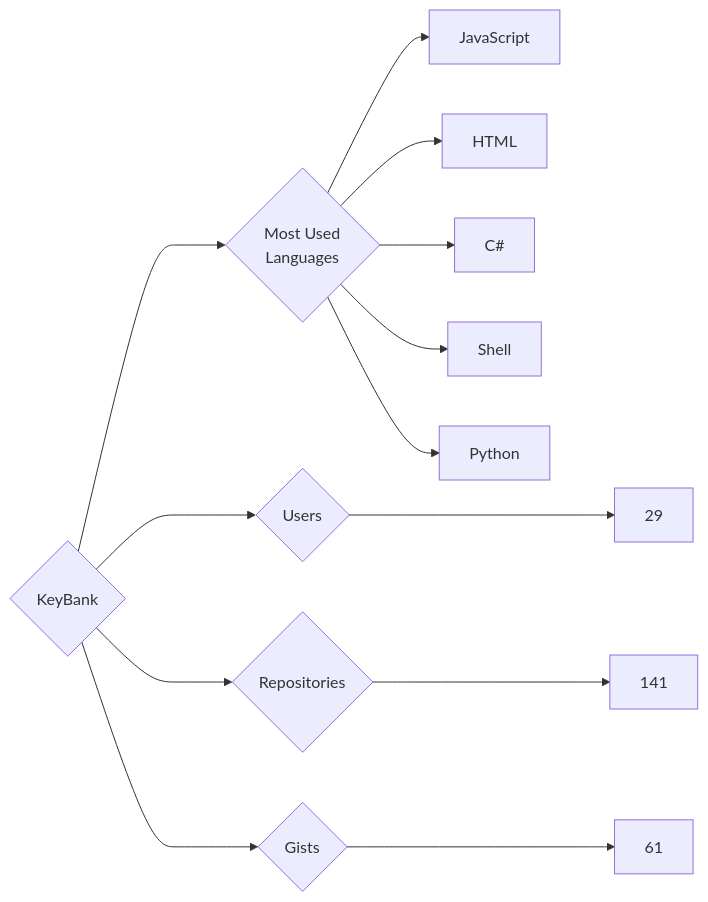
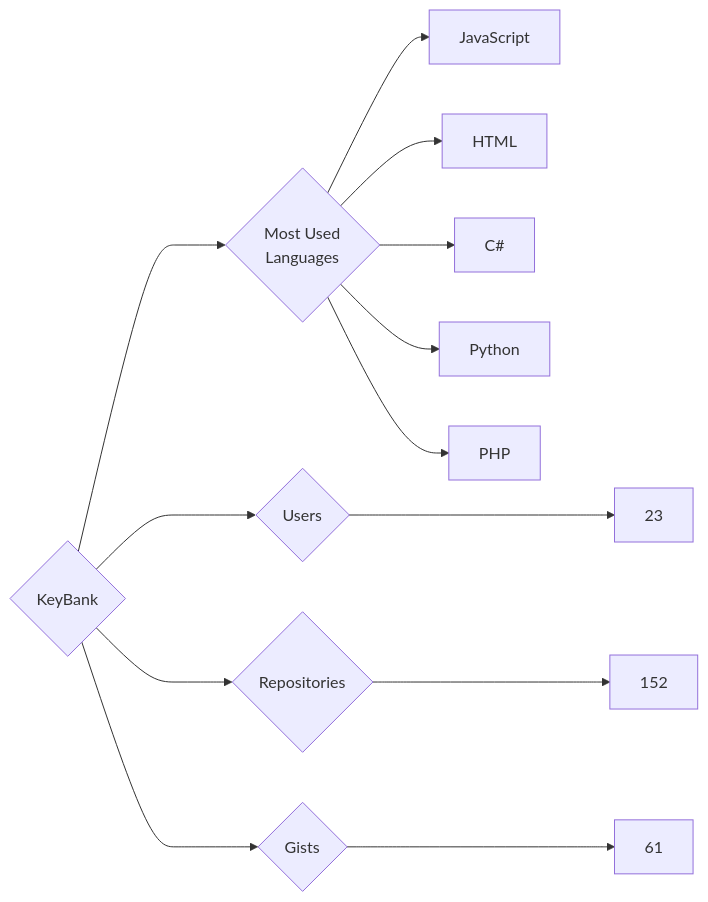
Before and after one commit to trickest/insiders: the diagram in targets/KeyBank/README.md, drawn with Mermaid. The commit also changed 772 other files, not shown here.

````diff
--- a/targets/KeyBank/README.md
+++ b/targets/KeyBank/README.md
@@ -3,13 +3,13 @@
 ```mermaid
 graph LR
 COMPANY_NAME{KeyBank}
-COMPANY_NAME ---> U{Users} ---> UN[29]
-COMPANY_NAME ---> R{Repositories} ---> RN[141]
+COMPANY_NAME ---> U{Users} ---> UN[23]
+COMPANY_NAME ---> R{Repositories} ---> RN[152]
 COMPANY_NAME ---> G{Gists} ---> GN[61]
 COMPANY_NAME ---> ML{Most Used<br>Languages}
 ML --> JavaScript[JavaScript]
 ML --> HTML[HTML]
 ML --> C#[C#]
-ML --> Shell[Shell]
 ML --> Python[Python]
+ML --> PHP[PHP]
 ```
````
